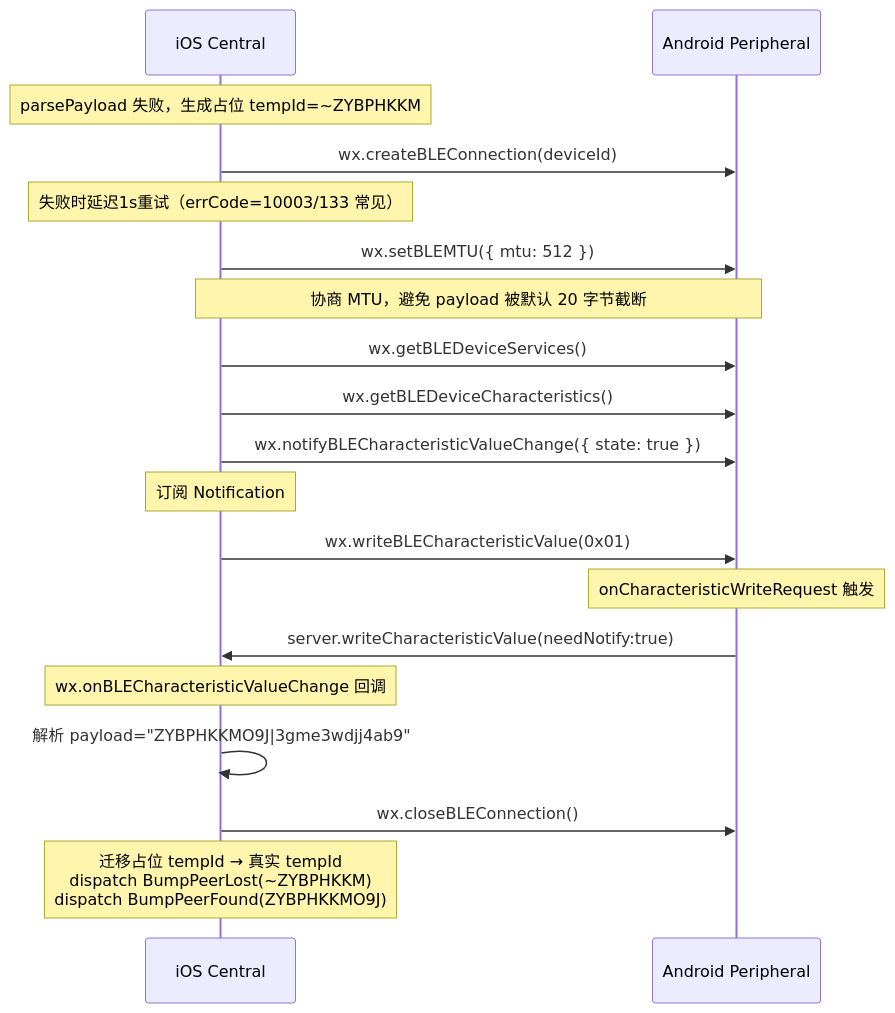
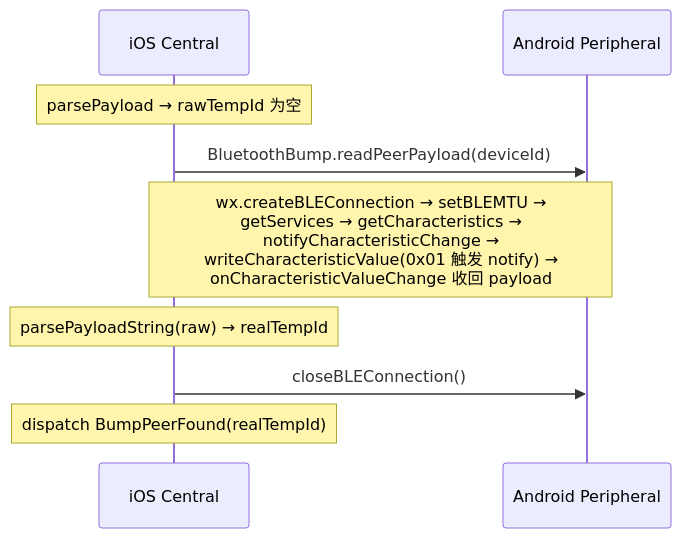
Diagram 13 of 17 in docs/2026下/蓝牙通信.md (novlan1/notes), drawn with Mermaid before and after one commit. The commit also changed other lines of this file, not shown here.

````diff
--- a/docs/2026下/蓝牙通信.md
+++ b/docs/2026下/蓝牙通信.md
@@ -428,22 +449,12 @@
 ```mermaid
 sequenceDiagram
     participant A as iOS Central
     participant B as Android Peripheral
 
-    Note over A: parsePayload 失败，生成占位 tempId=~ZYBPHKKM
-    A->>B: wx.createBLEConnection(deviceId)
-    Note over A: 失败时延迟1s重试（errCode=10003/133 常见）
-    A->>B: wx.setBLEMTU({ mtu: 512 })
-    Note over A,B: 协商 MTU，避免 payload 被默认 20 字节截断
-    A->>B: wx.getBLEDeviceServices()
-    A->>B: wx.getBLEDeviceCharacteristics()
-    A->>B: wx.notifyBLECharacteristicValueChange({ state: true })
-    Note over A: 订阅 Notification
-    A->>B: wx.writeBLECharacteristicValue(0x01)
-    Note over B: onCharacteristicWriteRequest 触发
-    B->>A: server.writeCharacteristicValue(needNotify:true)
-    Note over A: wx.onBLECharacteristicValueChange 回调
-    A->>A: 解析 payload="ZYBPHKKMO9J|3gme3wdjj4ab9"
-    A->>B: wx.closeBLEConnection()
-    Note over A: 迁移占位 tempId → 真实 tempId<br/>dispatch BumpPeerLost(~ZYBPHKKM)<br/>dispatch BumpPeerFound(ZYBPHKKMO9J)
+    Note over A: parsePayload → rawTempId 为空
+    A->>B: BluetoothBump.readPeerPayload(deviceId)
+    Note over A,B: wx.createBLEConnection → setBLEMTU →<br/>getServices → getCharacteristics →<br/>notifyCharacteristicChange →<br/>writeCharacteristicValue(0x01 触发 notify) →<br/>onCharacteristicValueChange 收回 payload
+    Note over A: parsePayloadString(raw) → realTempId
+    A->>B: closeBLEConnection()
+    Note over A: dispatch BumpPeerFound(realTempId)
 ```
````
